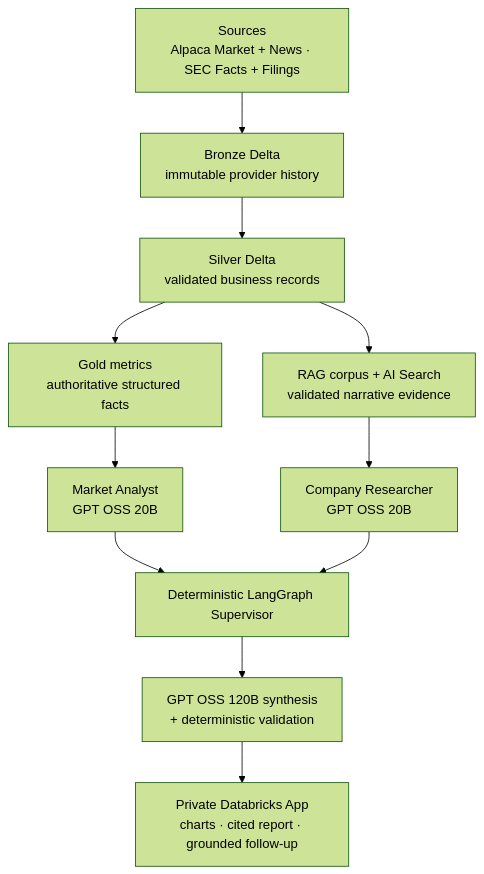
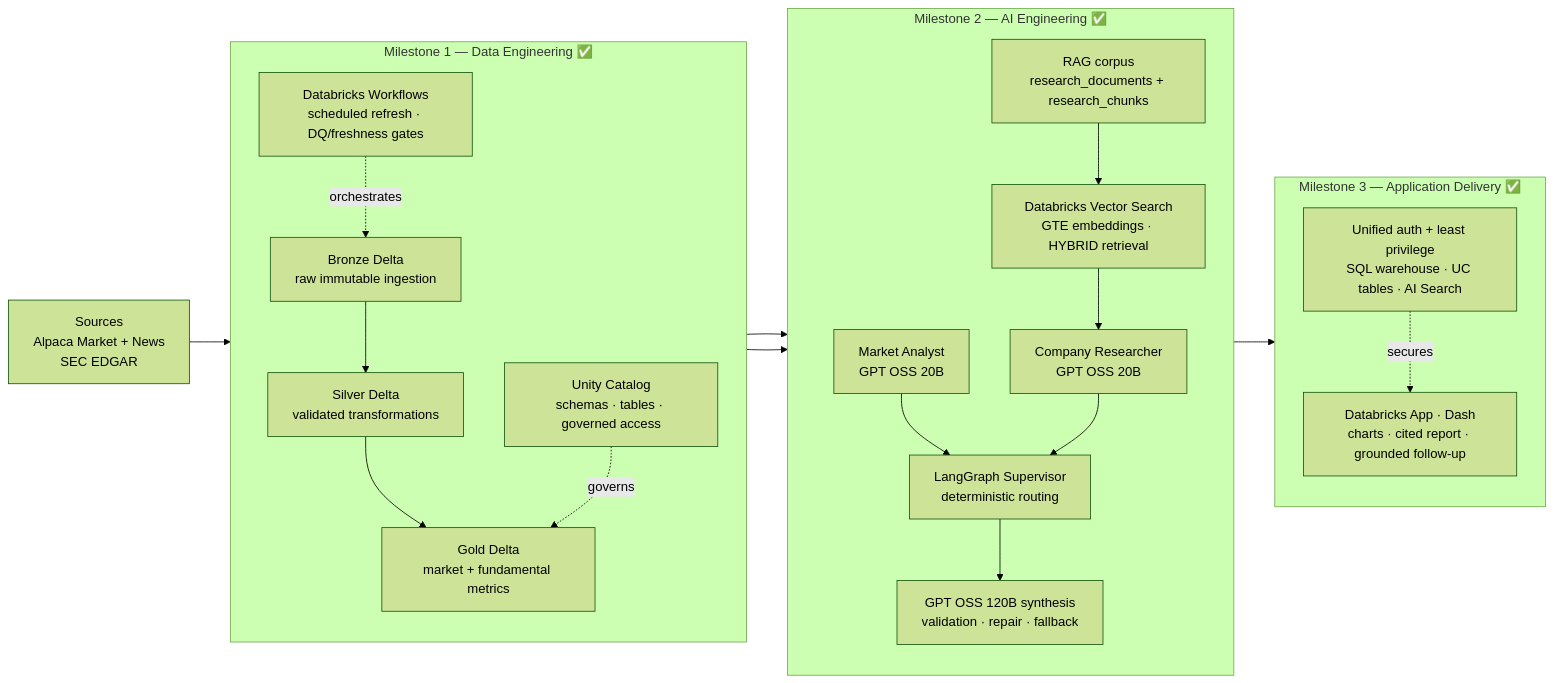
The diagram in README.md (maghdam/multi-agent-equity-research-system-on-databricks), drawn with Mermaid (forest theme) before and after one commit. The commit also changed other lines of this file, not shown here.

Commit message:
docs: strengthen data and AI engineering portfolio signal

````diff
--- a/README.md
+++ b/README.md
@@ -99,20 +99,44 @@
 ```mermaid
-flowchart TB
-    SRC["Sources<br/>Alpaca Market + News · SEC Facts + Filings"]
-    B["Bronze Delta<br/>immutable provider history"]
-    S["Silver Delta<br/>validated business records"]
-    G["Gold metrics<br/>authoritative structured facts"]
-    R["RAG corpus + AI Search<br/>validated narrative evidence"]
-    MA["Market Analyst<br/>GPT OSS 20B"]
-    CR["Company Researcher<br/>GPT OSS 20B"]
-    SUP["Deterministic LangGraph Supervisor"]
-    SYN["GPT OSS 120B synthesis<br/>+ deterministic validation"]
-    APP["Private Databricks App<br/>charts · cited report · grounded follow-up"]
+flowchart LR
+    SRC["Sources<br/>Alpaca Market + News<br/>SEC EDGAR"]
 
-    SRC --> B --> S
-    S --> G --> MA
-    S --> R --> CR
-    MA --> SUP
-    CR --> SUP
-    SUP --> SYN --> APP
+    subgraph DE["Milestone 1 — Data Engineering ✅"]
+        direction TB
+        B["Bronze Delta<br/>raw immutable ingestion"]
+        S["Silver Delta<br/>validated transformations"]
+        G["Gold Delta<br/>market + fundamental metrics"]
+        UC["Unity Catalog<br/>schemas · tables · governed access"]
+        WF["Databricks Workflows<br/>scheduled refresh · DQ/freshness gates"]
+
+        B --> S --> G
+        WF -. orchestrates .-> B
+        UC -. governs .-> G
+    end
+
+    subgraph AI["Milestone 2 — AI Engineering ✅"]
+        direction TB
+        R["RAG corpus<br/>research_documents + research_chunks"]
+        VS["Databricks Vector Search<br/>GTE embeddings · HYBRID retrieval"]
+        MA["Market Analyst<br/>GPT OSS 20B"]
+        CR["Company Researcher<br/>GPT OSS 20B"]
+        LG["LangGraph Supervisor<br/>deterministic routing"]
+        SYN["GPT OSS 120B synthesis<br/>validation · repair · fallback"]
+
+        R --> VS --> CR
+        MA --> LG
+        CR --> LG
+        LG --> SYN
+    end
+
+    subgraph APP["Milestone 3 — Application Delivery ✅"]
+        direction TB
+        UI["Databricks App · Dash<br/>charts · cited report · grounded follow-up"]
+        AUTH["Unified auth + least privilege<br/>SQL warehouse · UC tables · AI Search"]
+        AUTH -. secures .-> UI
+    end
+
+    SRC --> B
+    S --> R
+    G --> MA
+    SYN --> UI
 ```
````
